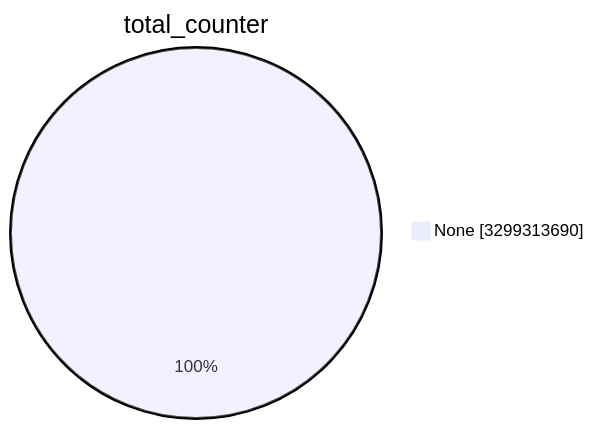
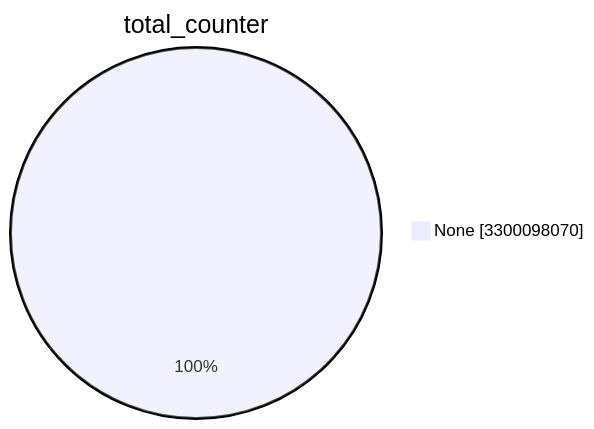
One commit to christiankrug/ctmonitor_visualization changed the first of 15 diagrams in TOTAL/README.md. Above: the diagram before and after it, drawn with Mermaid. The commit also changed other lines of this file, not shown here.

````diff
--- a/TOTAL/README.md
+++ b/TOTAL/README.md
@@ -1,5 +1,5 @@
 ```mermaid
 pie showData
 title total_counter
-"None" :3299313690
+"None" :3300098070
 ```
````
